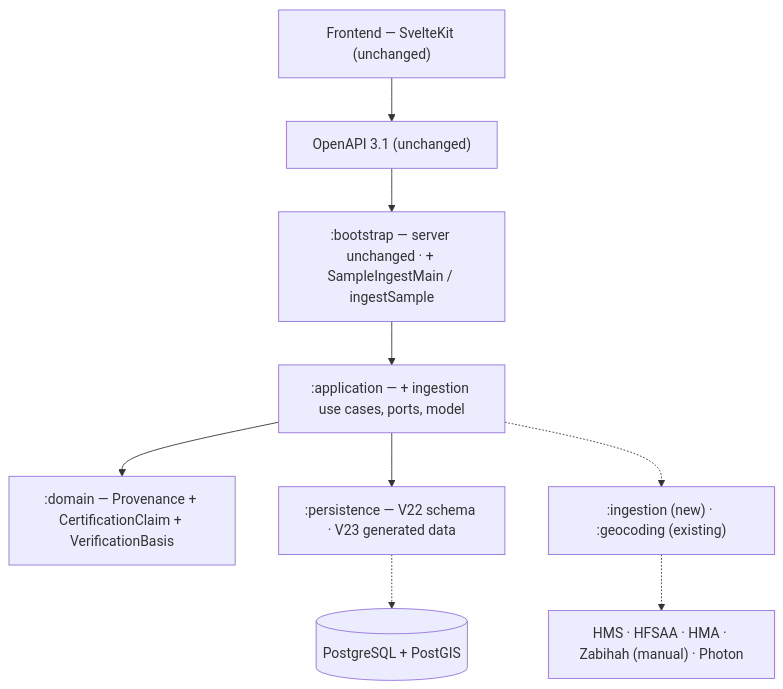
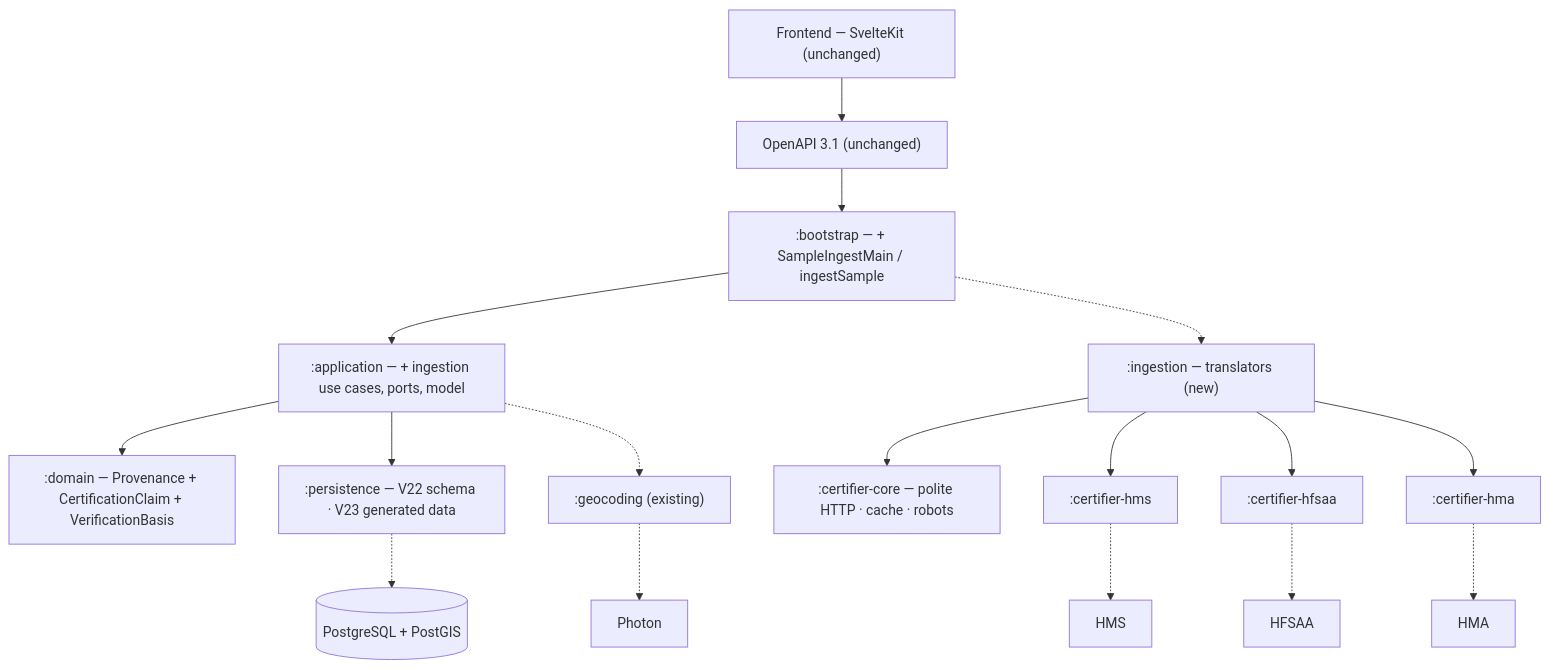
One commit to Losers-Lab/tahirs-list changed the diagram in docs/features/SC-211/07-class-diagram-complete.md. Above: the diagram before and after it, drawn with Mermaid. The commit also changed other lines of this file and 16 other files, not shown here.

````diff
--- a/docs/features/SC-211/07-class-diagram-complete.md
+++ b/docs/features/SC-211/07-class-diagram-complete.md
@@ -7,11 +7,19 @@
 ```mermaid
 flowchart TB
   FE["Frontend — SvelteKit (unchanged)"] --> API["OpenAPI 3.1 (unchanged)"]
-  API --> BOOT[":bootstrap — server unchanged · + SampleIngestMain / ingestSample"]
+  API --> BOOT[":bootstrap — + SampleIngestMain / ingestSample"]
   BOOT --> APP[":application — + ingestion use cases, ports, model"]
   APP --> DOM[":domain — Provenance + CertificationClaim + VerificationBasis"]
   APP --> PER[":persistence — V22 schema · V23 generated data"]
-  APP -.-> ADA[":ingestion (new) · :geocoding (existing)"]
-  ADA -.-> EXT["HMS · HFSAA · HMA · Zabihah (manual) · Photon"]
+  BOOT -.-> ING[":ingestion — translators (new)"]
+  ING --> CORE[":certifier-core — polite HTTP · cache · robots"]
+  ING --> HMSM[":certifier-hms"]
+  ING --> HFM[":certifier-hfsaa"]
+  ING --> HMAM[":certifier-hma"]
+  APP -.-> GEO[":geocoding (existing)"]
+  HMSM -.-> EXT["HMS"]
+  HFM -.-> EXT2["HFSAA"]
+  HMAM -.-> EXT3["HMA"]
+  GEO -.-> EXT4["Photon"]
   PER -.-> PG[("PostgreSQL + PostGIS")]
 ```
````
